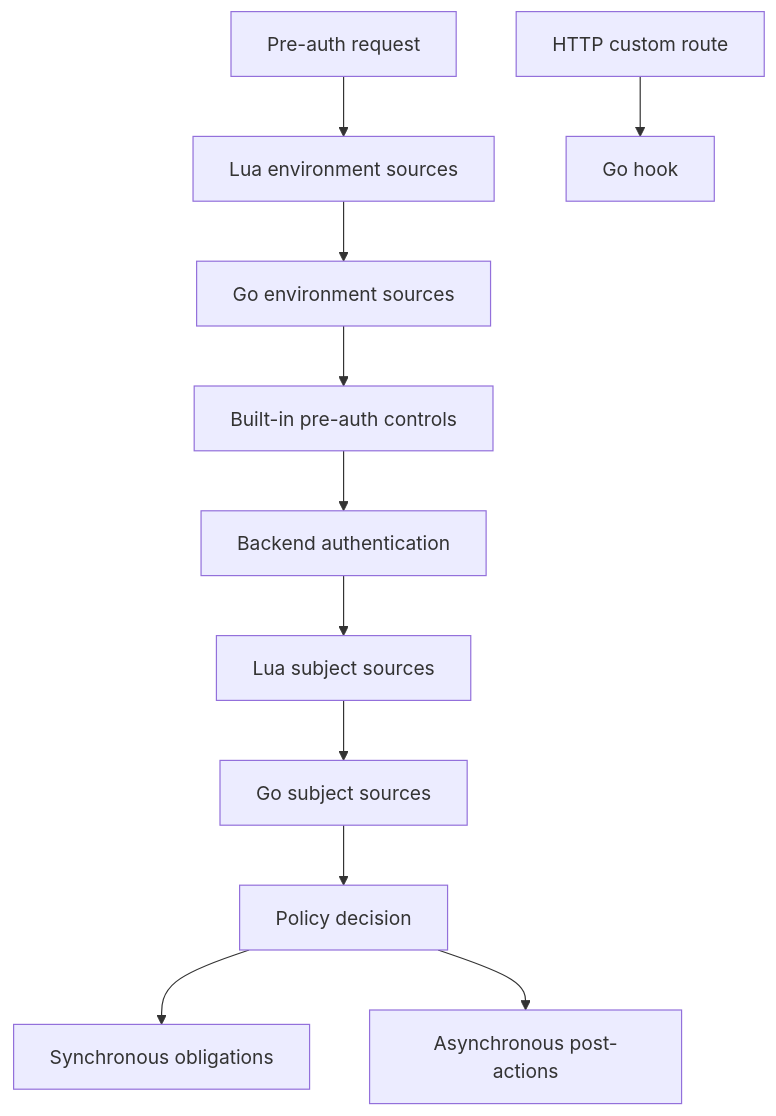
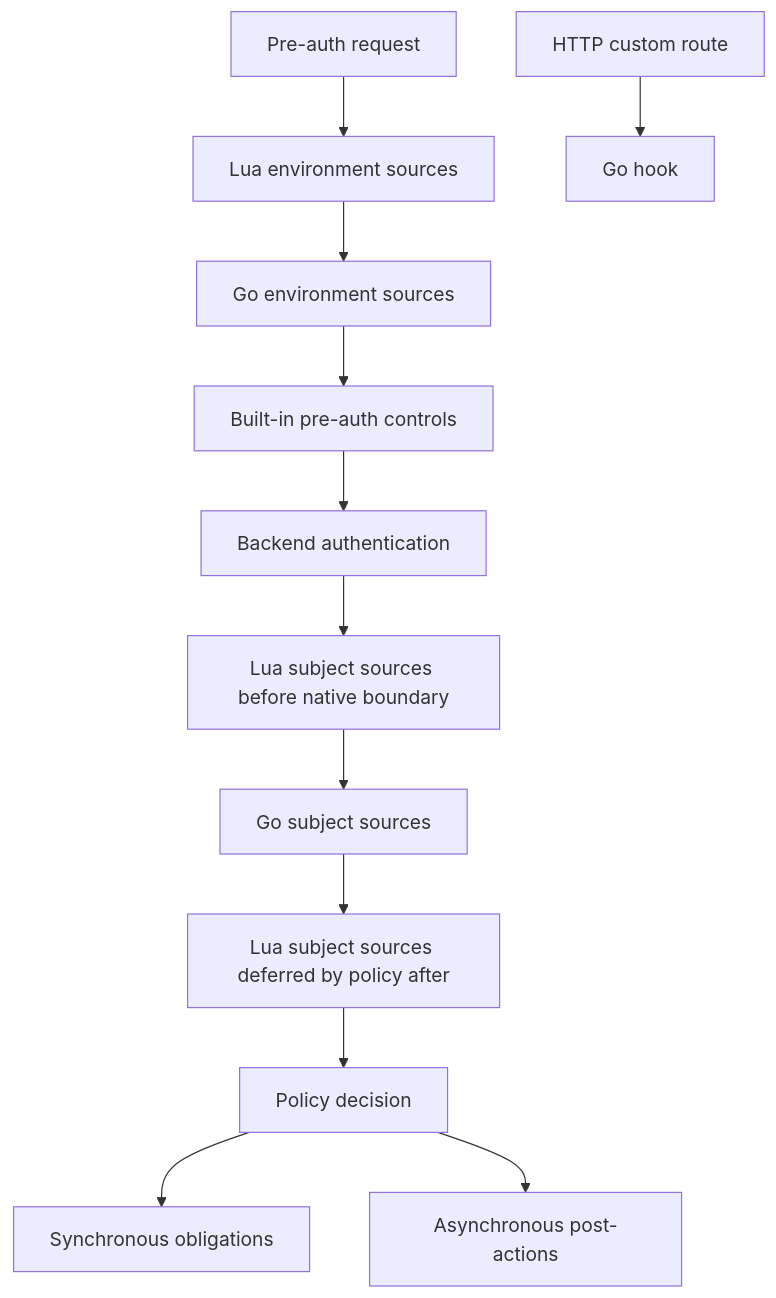
One commit to croessner/nauthilus changed the third of 3 diagrams in server/docs/go_plugin_developer_api.md. Above: the diagram before and after it, drawn with Mermaid. The commit also changed other lines of this file and 13 other files, not shown here.

````diff
--- a/server/docs/go_plugin_developer_api.md
+++ b/server/docs/go_plugin_developer_api.md
@@ -800,13 +800,14 @@
 ```mermaid
 flowchart TD
     A["Pre-auth request"] --> B["Lua environment sources"]
     B --> C["Go environment sources"]
     C --> D["Built-in pre-auth controls"]
     D --> E["Backend authentication"]
-    E --> F["Lua subject sources"]
+    E --> F["Lua subject sources before native boundary"]
     F --> G["Go subject sources"]
-    G --> H["Policy decision"]
+    G --> M["Lua subject sources deferred by policy after"]
+    M --> H["Policy decision"]
     H --> I["Synchronous obligations"]
     H --> J["Asynchronous post-actions"]
     K["HTTP custom route"] --> L["Go hook"]
 ```
````
